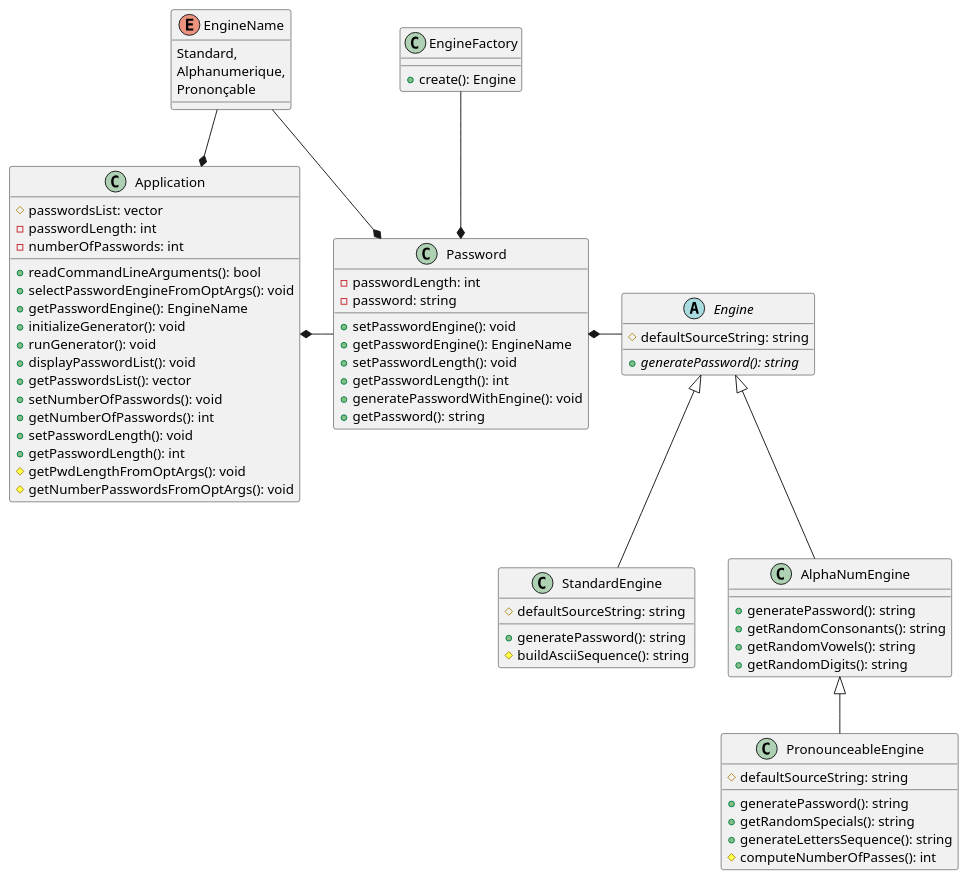
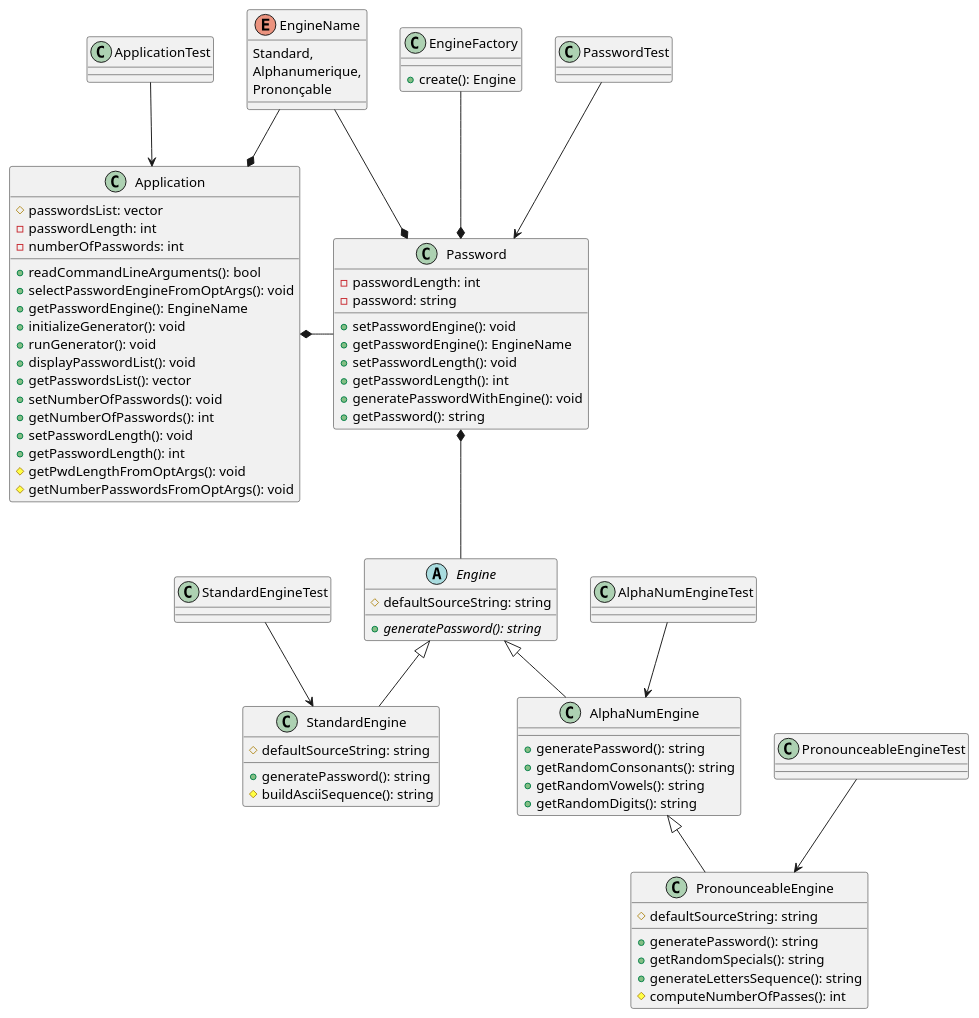
One commit to JN-GLX/password-generator changed the diagram in docs/diagram/src/password-generator.wsd. Above: the diagram before and after it, drawn with PlantUML. The commit also changed 2 other files, not shown here.

Commit message:
diagramme de classes: ajout classes test

```diff
--- a/docs/diagram/src/password-generator.wsd
+++ b/docs/diagram/src/password-generator.wsd
@@ -1,78 +1,90 @@
 @startuml Password Generator
 
 
 abstract class Engine {
     +{abstract} generatePassword(): string
     #defaultSourceString: string
 }
 
 class EngineFactory {
     +create(): Engine
 }
 
-Password *- Engine 
+Password *-- Engine
 Engine <|-- StandardEngine
 Engine <|-- AlphaNumEngine
 AlphaNumEngine <|-- PronounceableEngine
 EngineFactory --* Password
 Application *- Password
 EngineName --* Password
 EngineName --* Application
+ApplicationTest --> Application
+PasswordTest --> Password
+StandardEngineTest --> StandardEngine
+AlphaNumEngineTest --> AlphaNumEngine
+PronounceableEngineTest --> PronounceableEngine
 
 class StandardEngine {
     +generatePassword(): string
     #buildAsciiSequence(): string
     #defaultSourceString: string
 }
 
 class AlphaNumEngine {
     +generatePassword(): string
     +getRandomConsonants(): string
     +getRandomVowels(): string
     +getRandomDigits(): string
 }
 
 class PronounceableEngine {
     +generatePassword(): string
     +getRandomSpecials(): string
     +generateLettersSequence(): string
     #computeNumberOfPasses(): int
     #defaultSourceString: string
 }
 
 class Password {
     -passwordLength: int
     -password: string
     +setPasswordEngine(): void
     +getPasswordEngine(): EngineName
     +setPasswordLength(): void
     +getPasswordLength(): int
     +generatePasswordWithEngine(): void
     +getPassword(): string
 }
 
 enum EngineName {
         Standard,
         Alphanumerique,
         Prononçable
 }
 
 class Application {
     +readCommandLineArguments(): bool
-    +selectPasswordEngineFromOptArgs(): void 
+    +selectPasswordEngineFromOptArgs(): void
     +getPasswordEngine(): EngineName
-    +initializeGenerator(): void 
+    +initializeGenerator(): void
     +runGenerator(): void
-    +displayPasswordList(): void 
+    +displayPasswordList(): void
     +getPasswordsList(): vector
-    +setNumberOfPasswords(): void 
+    +setNumberOfPasswords(): void
     +getNumberOfPasswords(): int
     +setPasswordLength(): void
     +getPasswordLength(): int
     #getPwdLengthFromOptArgs(): void
     #getNumberPasswordsFromOptArgs(): void
     #passwordsList: vector
     -passwordLength: int
     -numberOfPasswords: int
 }
+
+class ApplicationTest
+class PasswordTest
+class StandardEngineTest
+class AlphaNumEngineTest
+class PronounceableEngineTest
+
 @enduml
```
